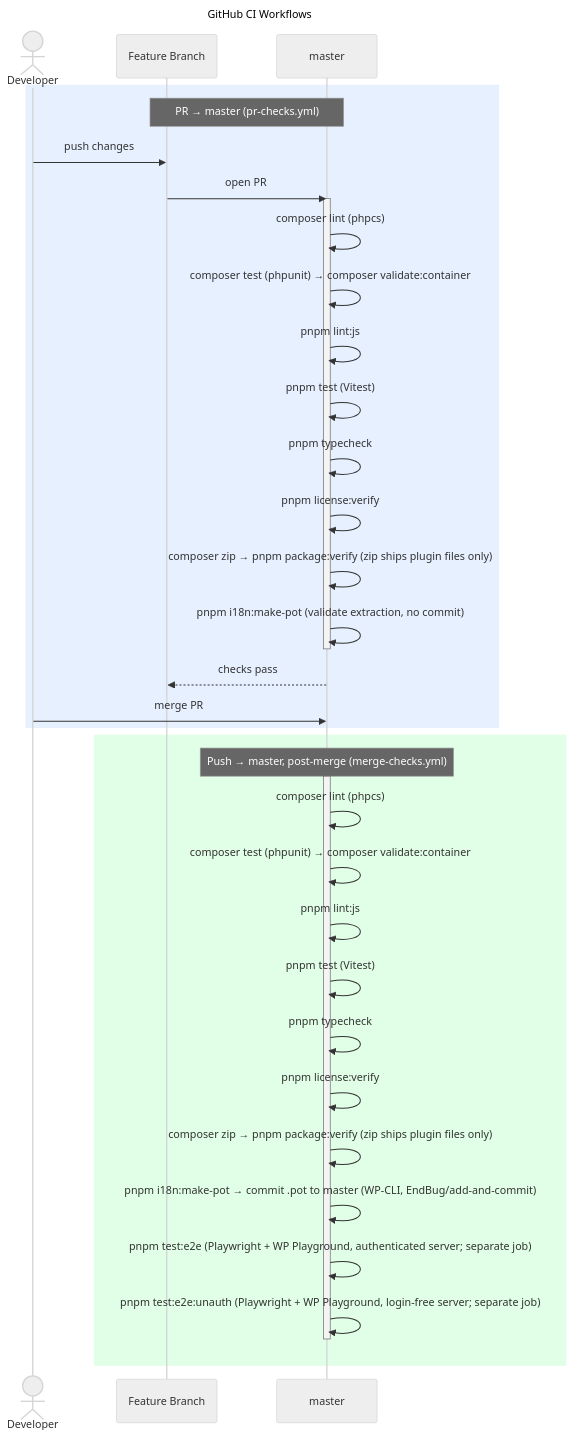
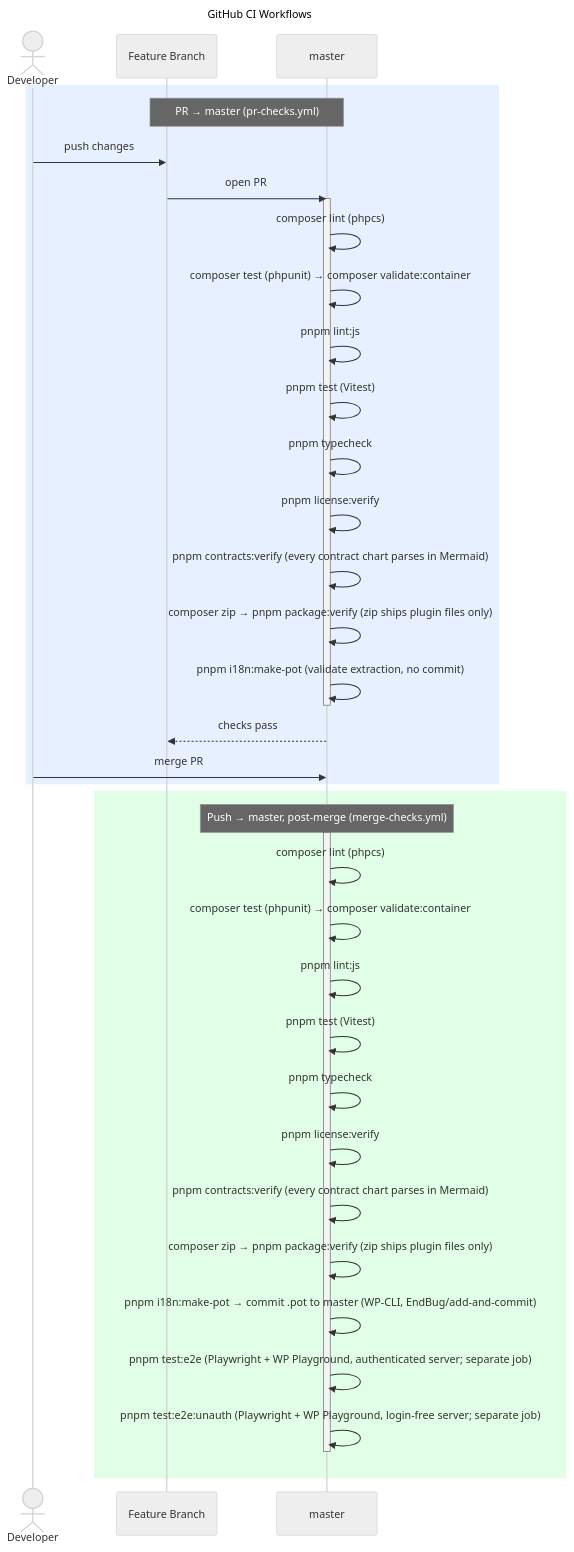
The diagram in docs/contracts/ci-workflow.mmd (erdembircan/battery-surf-bench), drawn with Mermaid (neutral theme) before and after one commit. The commit also changed 7 other files, not shown here.

Commit message:
[CHORE]: check contract charts parse in CI

```diff
--- a/docs/contracts/ci-workflow.mmd
+++ b/docs/contracts/ci-workflow.mmd
@@ -1,44 +1,46 @@
 ---
 title: GitHub CI Workflows
 ---
 %% Characters Mermaid would misread inside a label are written as entity codes,
 %% which render as the character itself: #58; ':', #59; ';', #40; '(', #41; ')',
 %% #123; '{', #125; '}'. See "Keeping Charts Parseable" in CLAUDE.md.
 sequenceDiagram
     actor Dev as Developer
     participant FB as Feature Branch
     participant M as master
 
     rect rgb(230, 240, 255)
         Note over FB,M: PR → master (pr-checks.yml)
         Dev->>FB: push changes
         FB->>M: open PR
         activate M
         M->>M: composer lint (phpcs)
         M->>M: composer test (phpunit) → composer validate:container
         M->>M: pnpm lint:js
         M->>M: pnpm test (Vitest)
         M->>M: pnpm typecheck
         M->>M: pnpm license:verify
+        M->>M: pnpm contracts:verify (every contract chart parses in Mermaid)
         M->>M: composer zip → pnpm package:verify (zip ships plugin files only)
         M->>M: pnpm i18n:make-pot (validate extraction, no commit)
         deactivate M
         M-->>FB: checks pass
         Dev->>M: merge PR
     end
 
     rect rgb(224, 255, 230)
         Note over M: Push → master, post-merge (merge-checks.yml)
         activate M
         M->>M: composer lint (phpcs)
         M->>M: composer test (phpunit) → composer validate:container
         M->>M: pnpm lint:js
         M->>M: pnpm test (Vitest)
         M->>M: pnpm typecheck
         M->>M: pnpm license:verify
+        M->>M: pnpm contracts:verify (every contract chart parses in Mermaid)
         M->>M: composer zip → pnpm package:verify (zip ships plugin files only)
         M->>M: pnpm i18n:make-pot → commit .pot to master (WP-CLI, EndBug/add-and-commit)
         M->>M: pnpm test:e2e (Playwright + WP Playground, authenticated server#59; separate job)
         M->>M: pnpm test:e2e:unauth (Playwright + WP Playground, login-free server#59; separate job)
         deactivate M
     end
```
